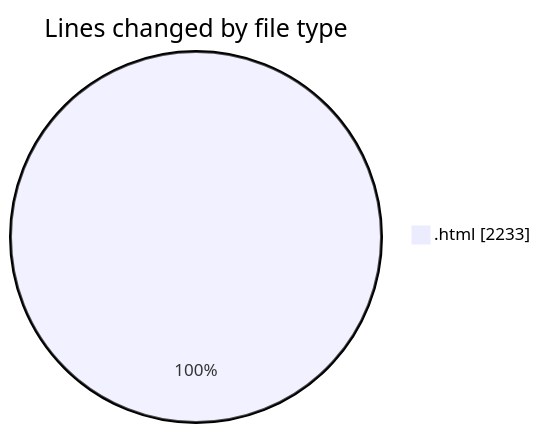
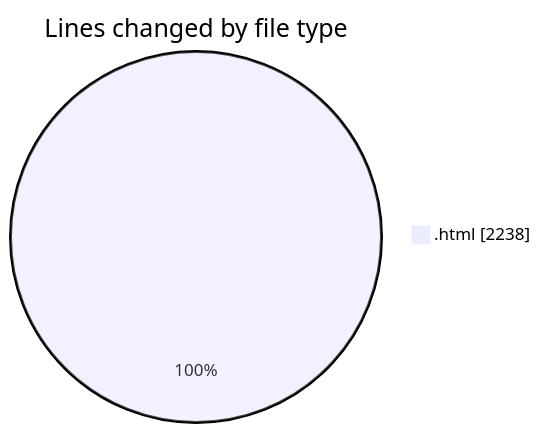
Before and after one commit to Ritupan-Deka/code-tracking: the first of 2 diagrams in 2025-06-17/projects/README.md, drawn with Mermaid. The commit also changed other lines of this file and 1 other file, not shown here.

````diff
--- a/2025-06-17/projects/README.md
+++ b/2025-06-17/projects/README.md
@@ -21,5 +21,5 @@
 ```mermaid
 pie showData
 title Lines changed by file type
-".html" : 2233
+".html" : 2238
 ```
````
